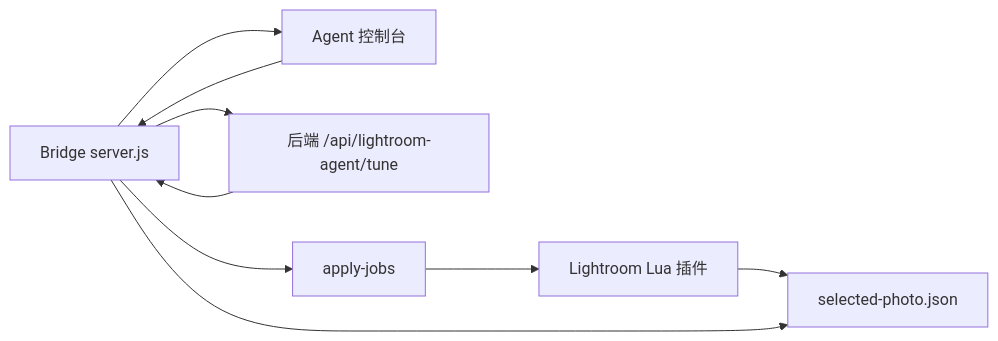
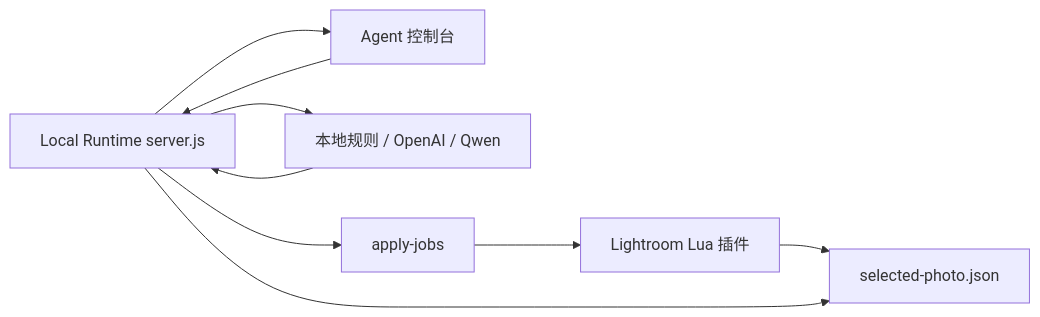
Before and after one commit to malchinee255/TonePilot: the fourth of 4 diagrams in docs/architecture.md, drawn with Mermaid. The commit also changed other lines of this file and 33 other files, not shown here.

Commit message:
refactor lightroom local runtime

````diff
--- a/docs/architecture.md
+++ b/docs/architecture.md
@@ -108,11 +108,11 @@
 ```mermaid
 flowchart LR
   A["Lightroom Lua 插件"] --> B["selected-photo.json"]
-  C["Bridge server.js"] --> B
+  C["Local Runtime server.js"] --> B
   C --> D["Agent 控制台"]
   D --> C
-  C --> E["后端 /api/lightroom-agent/tune"]
+  C --> E["本地规则 / OpenAI / Qwen"]
   E --> C
   C --> F["apply-jobs"]
   F --> A
 ```
````
